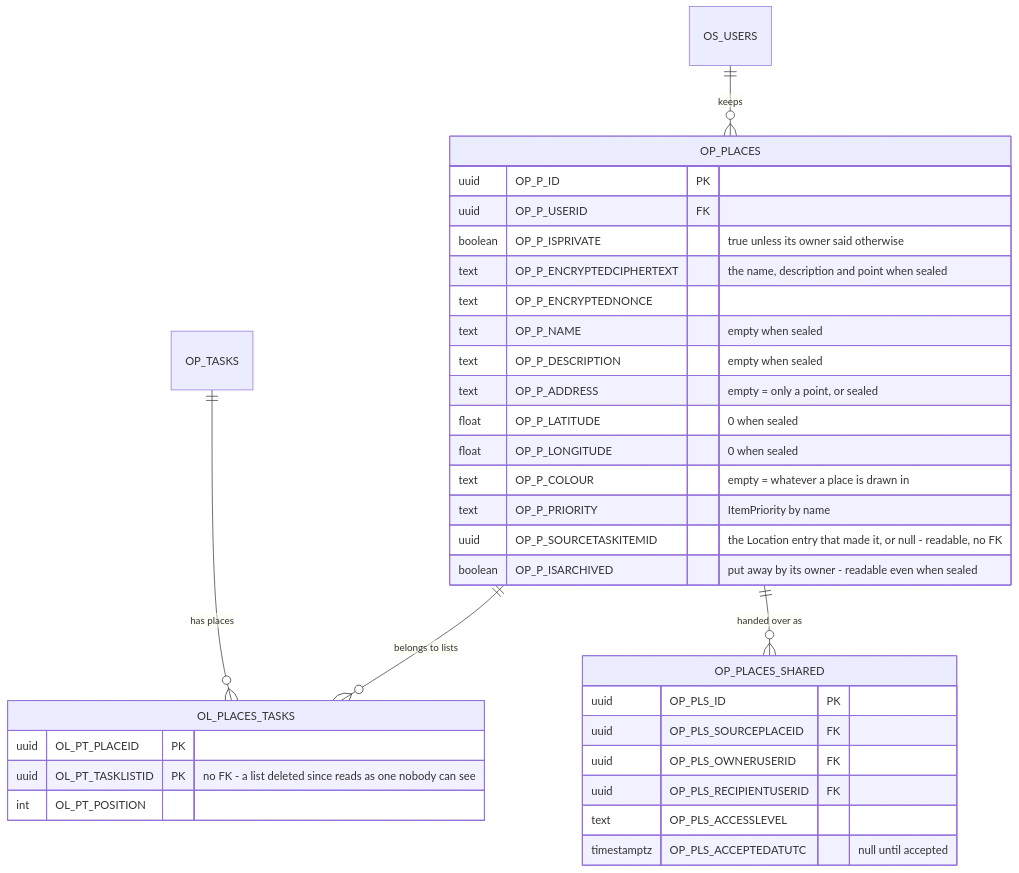
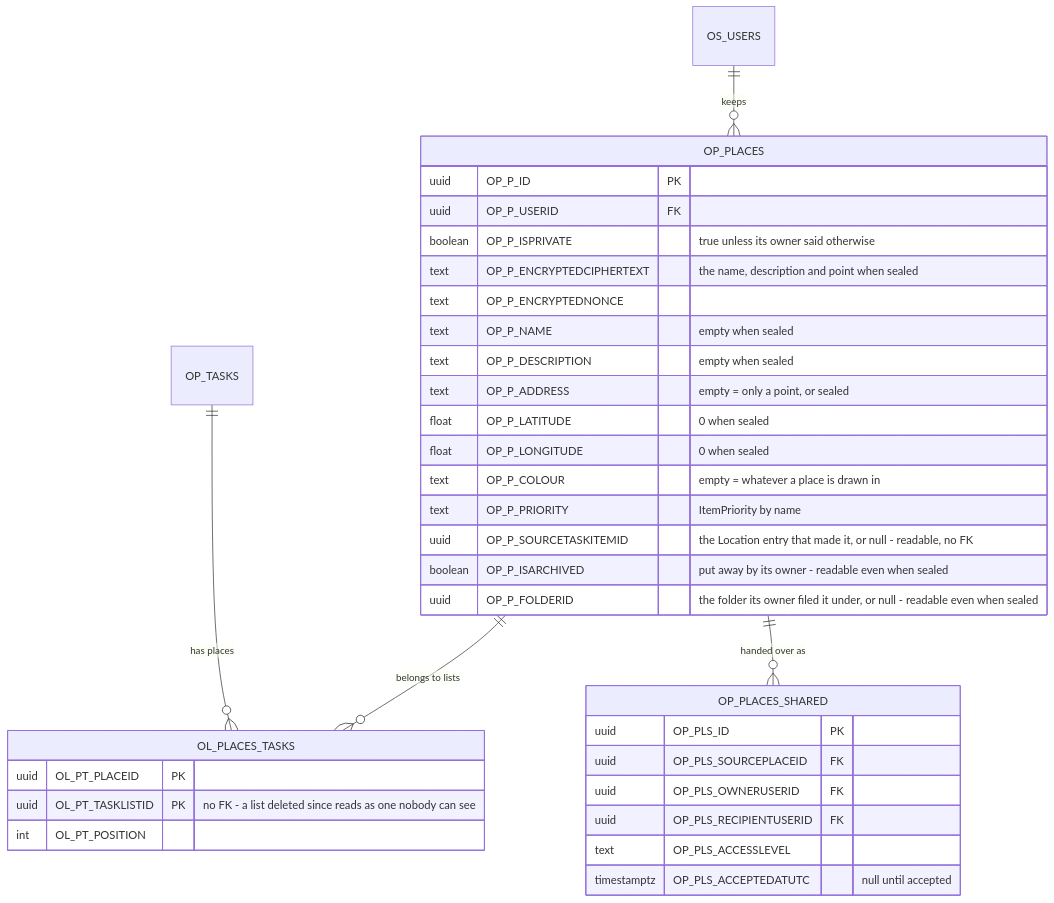
Before and after one commit to NorArax-NeflinOwl/orbit: the fourth of 6 diagrams in info/uml/database.md, drawn with Mermaid. The commit also changed other lines of this file and 20 other files, not shown here.

````diff
--- a/info/uml/database.md
+++ b/info/uml/database.md
@@ -311,37 +315,38 @@
 ```mermaid
 erDiagram
     OS_USERS ||--o{ OP_PLACES : keeps
     OP_PLACES ||--o{ OL_PLACES_TASKS : "belongs to lists"
     OP_TASKS ||--o{ OL_PLACES_TASKS : "has places"
     OP_PLACES ||--o{ OP_PLACES_SHARED : "handed over as"
 
     OP_PLACES {
         uuid OP_P_ID PK
         uuid OP_P_USERID FK
         boolean OP_P_ISPRIVATE "true unless its owner said otherwise"
         text OP_P_ENCRYPTEDCIPHERTEXT "the name, description and point when sealed"
         text OP_P_ENCRYPTEDNONCE
         text OP_P_NAME "empty when sealed"
         text OP_P_DESCRIPTION "empty when sealed"
         text OP_P_ADDRESS "empty = only a point, or sealed"
         float OP_P_LATITUDE "0 when sealed"
         float OP_P_LONGITUDE "0 when sealed"
         text OP_P_COLOUR "empty = whatever a place is drawn in"
         text OP_P_PRIORITY "ItemPriority by name"
         uuid OP_P_SOURCETASKITEMID "the Location entry that made it, or null - readable, no FK"
         boolean OP_P_ISARCHIVED "put away by its owner - readable even when sealed"
+        uuid OP_P_FOLDERID "the folder its owner filed it under, or null - readable even when sealed"
     }
     OL_PLACES_TASKS {
         uuid OL_PT_PLACEID PK
         uuid OL_PT_TASKLISTID PK "no FK - a list deleted since reads as one nobody can see"
         int OL_PT_POSITION
     }
     OP_PLACES_SHARED {
         uuid OP_PLS_ID PK
         uuid OP_PLS_SOURCEPLACEID FK
         uuid OP_PLS_OWNERUSERID FK
         uuid OP_PLS_RECIPIENTUSERID FK
         text OP_PLS_ACCESSLEVEL
         timestamptz OP_PLS_ACCEPTEDATUTC "null until accepted"
     }
 ```
````
